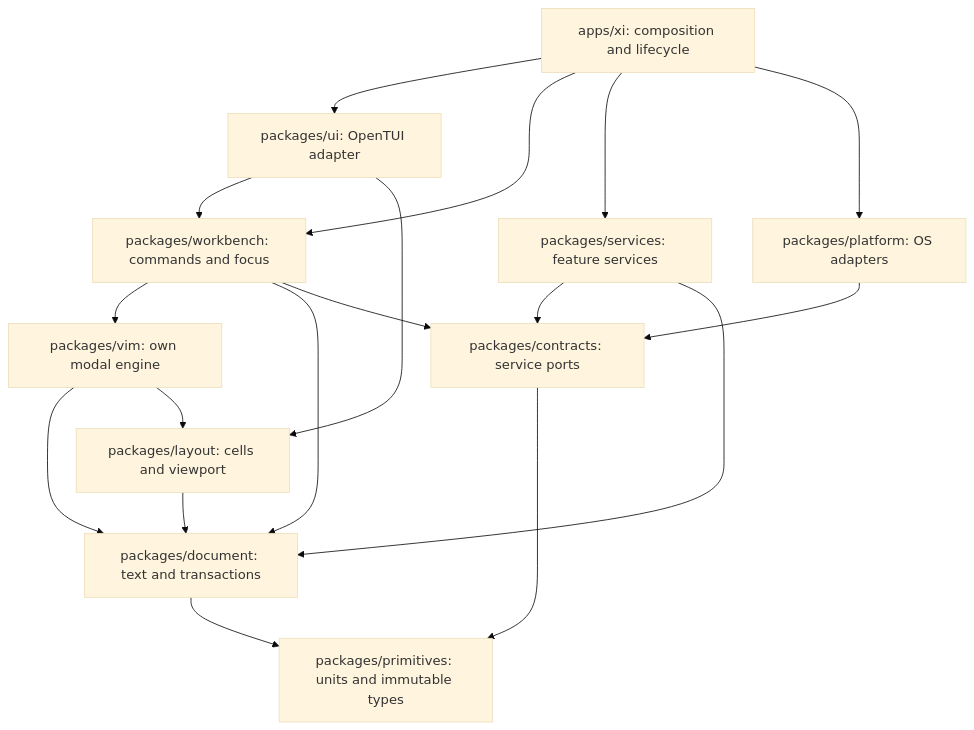
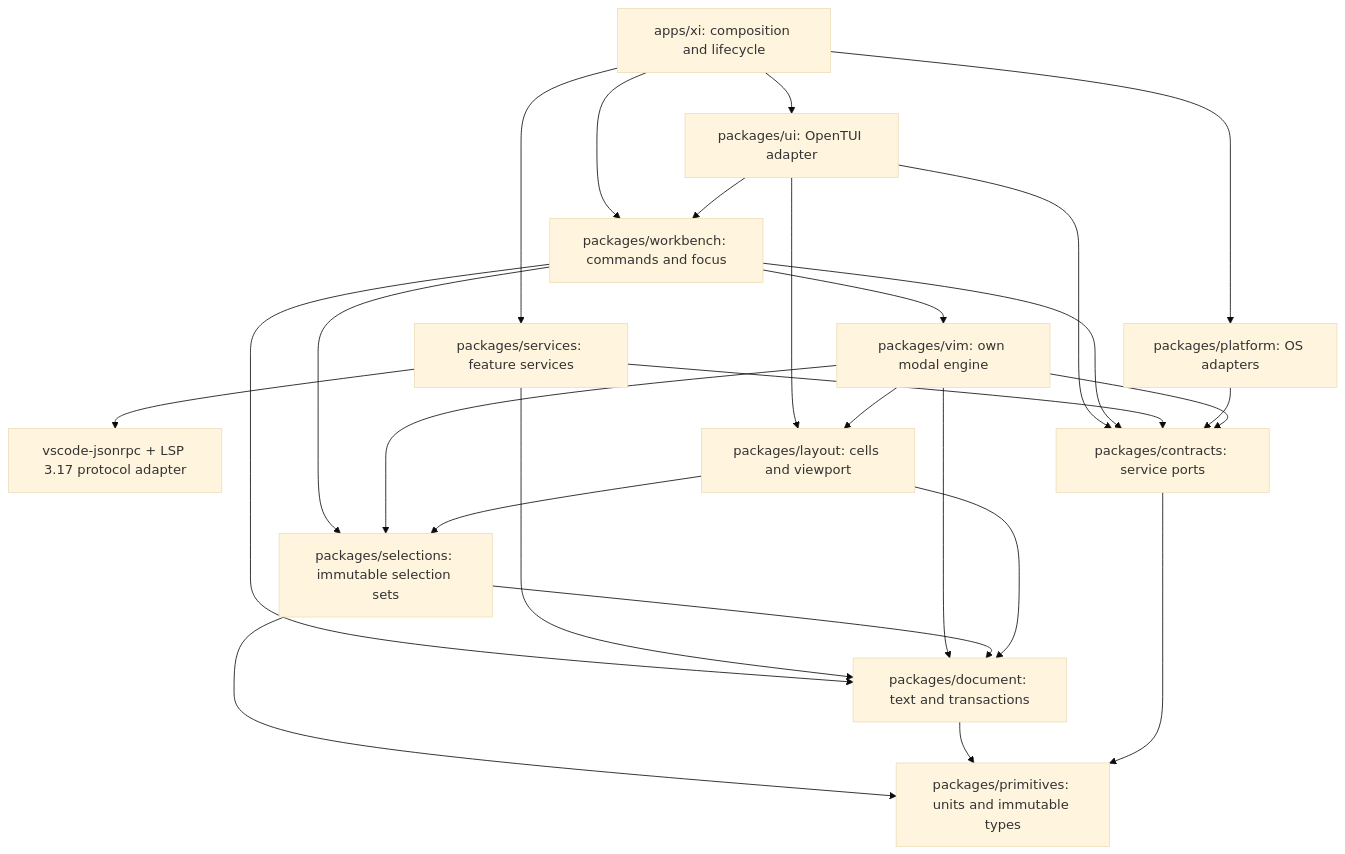
The diagram in docs/plan/01-architecture.md (OlegHQ/xi), drawn with Mermaid (base theme) before and after one commit. The commit also changed other lines of this file and 705 other files, not shown here.

````diff
--- a/docs/plan/01-architecture.md
+++ b/docs/plan/01-architecture.md
@@ -7,20 +7,28 @@
 ```mermaid
 flowchart TD
   CLI[apps/xi: composition and lifecycle] --> UI[packages/ui: OpenTUI adapter]
   CLI --> WB[packages/workbench: commands and focus]
   CLI --> SVC[packages/services: feature services]
   CLI --> OS[packages/platform: OS adapters]
+  SVC --> RPC[vscode-jsonrpc + LSP 3.17 protocol adapter]
   UI --> WB
+  UI --> PORTS
   UI --> LAYOUT[packages/layout: cells and viewport]
   WB --> VIM[packages/vim: own modal engine]
   WB --> DOC[packages/document: text and transactions]
+  WB --> SEL[packages/selections: immutable selection sets]
   WB --> PORTS[packages/contracts: service ports]
   SVC --> PORTS
   SVC --> DOC
   OS --> PORTS
   VIM --> DOC
+  VIM --> SEL
+  VIM --> PORTS
   VIM --> LAYOUT
+  SEL --> DOC
+  SEL --> PRIM
+  LAYOUT --> SEL
   LAYOUT --> DOC
   DOC --> PRIM[packages/primitives: units and immutable types]
   PORTS --> PRIM
 ```
````
